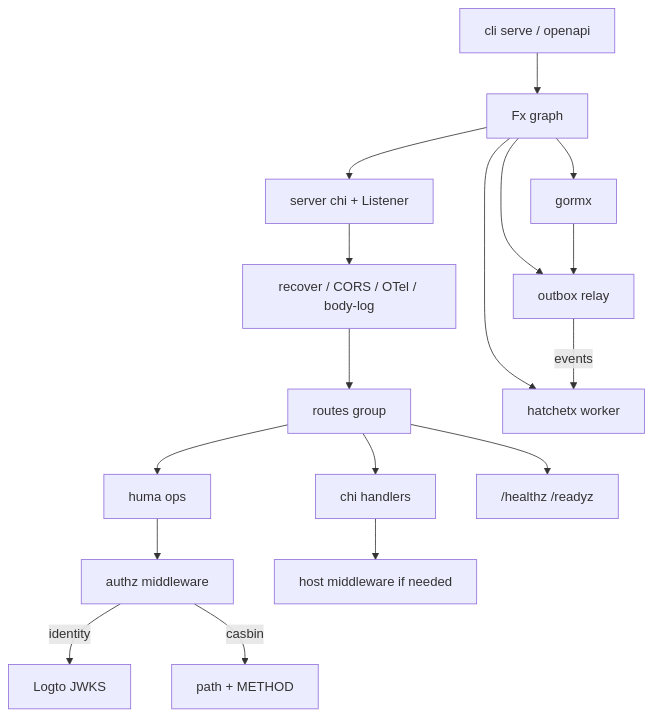
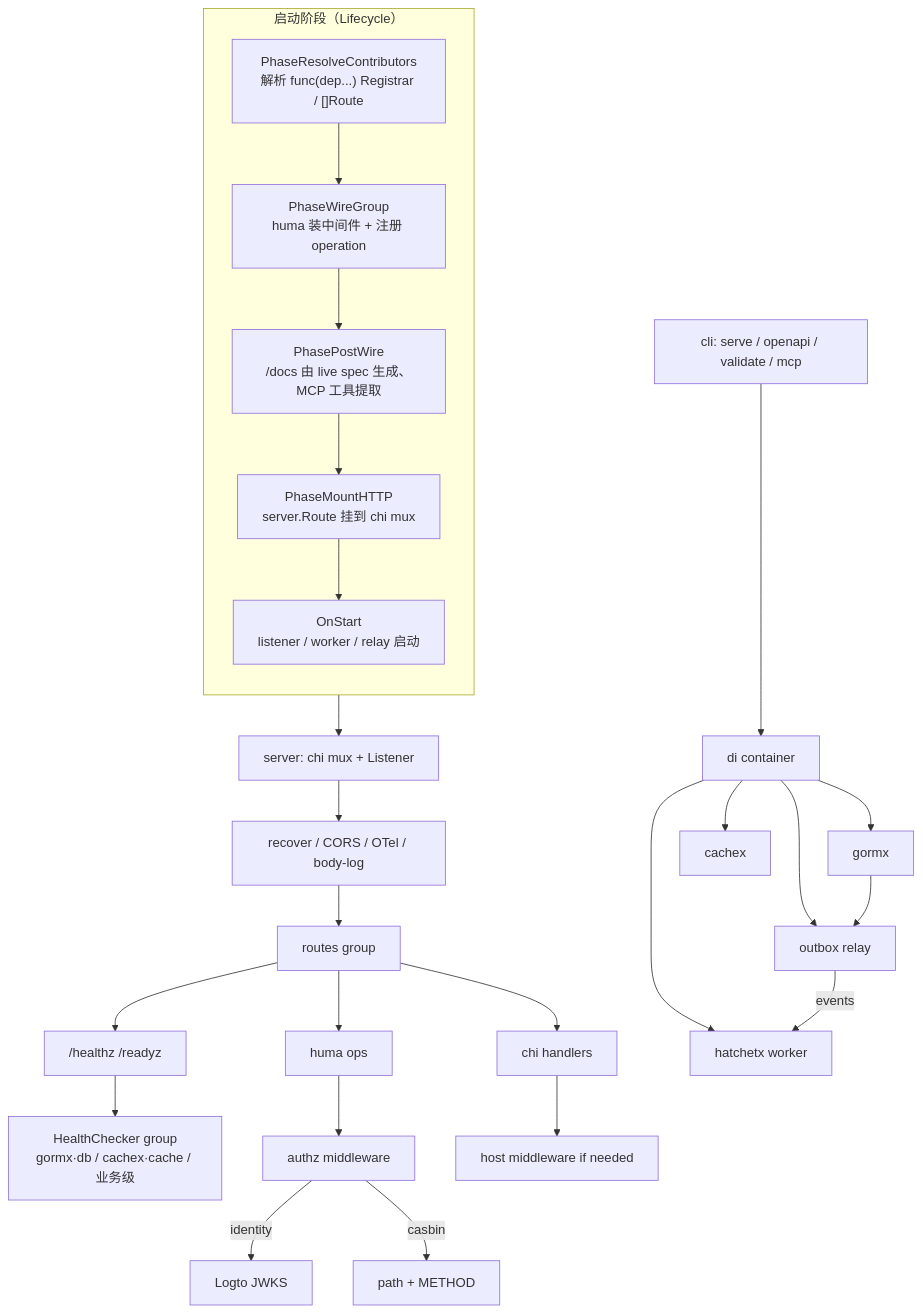
Before and after one commit to fitan/fxkit: the diagram in README.md, drawn with Mermaid. The commit also changed other lines of this file and 192 other files, not shown here.

First line of the commit message:
fix: harden framework across lifecycle, crudx, cachex, consulx, authz and mcpx

````diff
--- a/README.md
+++ b/README.md
@@ -905,19 +1524,32 @@
 ```mermaid
 flowchart TB
-  CLI[cli serve / openapi] --> FX[Fx graph]
-  FX --> HTTP[server chi + Listener]
+  CLI[cli: serve / openapi / validate / mcp] --> DI[di container]
+
+  subgraph Startup["启动阶段（Lifecycle）"]
+    direction TB
+    P1["PhaseResolveContributors<br/>解析 func(dep...) Registrar / []Route"]
+    P2["PhaseWireGroup<br/>huma 装中间件 + 注册 operation"]
+    P3["PhasePostWire<br/>/docs 由 live spec 生成、MCP 工具提取"]
+    P4["PhaseMountHTTP<br/>server.Route 挂到 chi mux"]
+    P5["OnStart<br/>listener / worker / relay 启动"]
+    P1 --> P2 --> P3 --> P4 --> P5
+  end
+
+  P3 --> HTTP[server: chi mux + Listener]
   HTTP --> MW[recover / CORS / OTel / body-log]
   MW --> Routes[routes group]
   Routes --> Huma[huma ops]
   Routes --> Chi[chi handlers]
   Routes --> Health["/healthz /readyz"]
+  Health --> HC["HealthChecker group<br/>gormx·db / cachex·cache / 业务级"]
   Huma --> Authz[authz middleware]
   Authz -->|identity| JWT[Logto JWKS]
   Authz -->|casbin| Enforce[path + METHOD]
   Chi --> HostAuth[host middleware if needed]
-  FX --> GORM[gormx]
-  FX --> OB[outbox relay]
-  FX --> HT[hatchetx worker]
+  DI --> GORM[gormx]
+  DI --> OB[outbox relay]
+  DI --> Cache[cachex]
+  DI --> HT[hatchetx worker]
   OB -->|events| HT
   GORM --> OB
 ```
````
